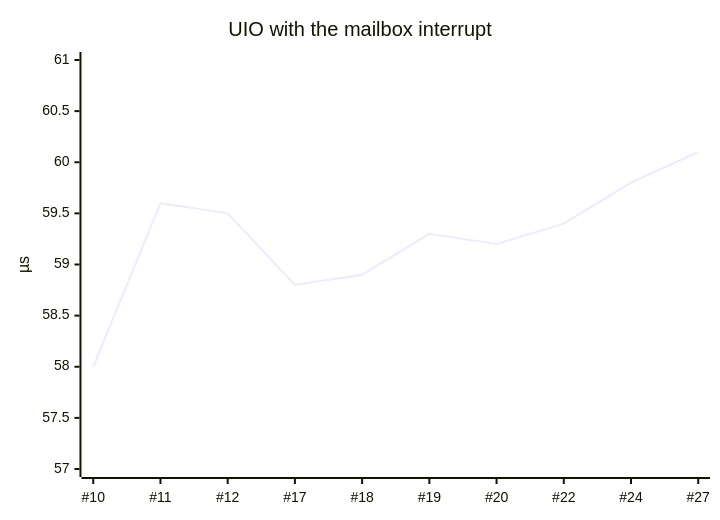
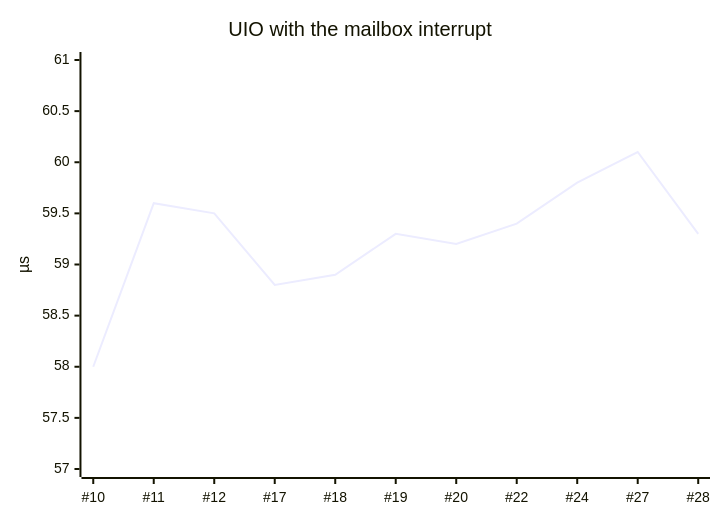
Before and after one commit to tcmichals/cubie-a5e: the fourth of 4 diagrams in wiki/Full-Sweep-Tests.md, drawn with Mermaid. The commit also changed other lines of this file and 5 other files, not shown here.

````diff
--- a/wiki/Full-Sweep-Tests.md
+++ b/wiki/Full-Sweep-Tests.md
@@ -76,7 +76,7 @@
 ```mermaid
 xychart-beta
     title "UIO with the mailbox interrupt"
-    x-axis ["#10", "#11", "#12", "#17", "#18", "#19", "#20", "#22", "#24", "#27"]
+    x-axis ["#10", "#11", "#12", "#17", "#18", "#19", "#20", "#22", "#24", "#27", "#28"]
     y-axis "µs" 57 --> 61
-    line [58.0, 59.6, 59.5, 58.8, 58.9, 59.3, 59.2, 59.4, 59.8, 60.1]
+    line [58.0, 59.6, 59.5, 58.8, 58.9, 59.3, 59.2, 59.4, 59.8, 60.1, 59.3]
 ```
````
